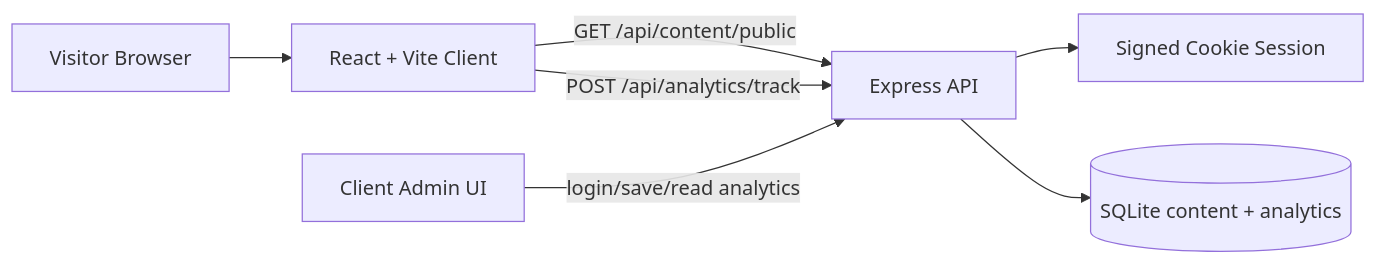
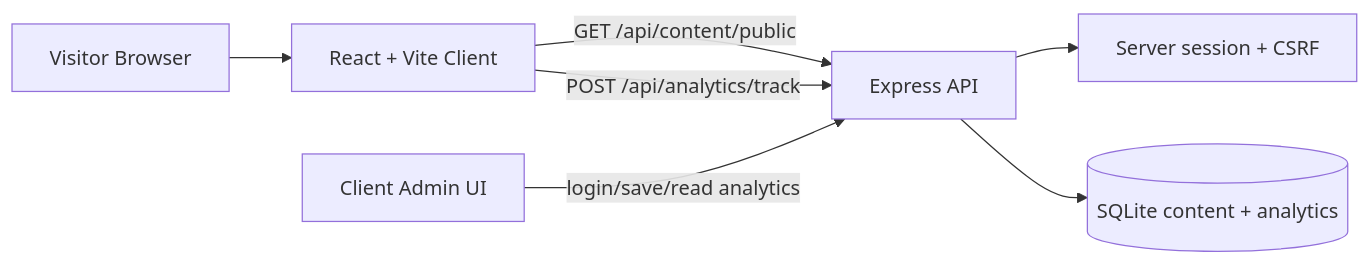
Before and after one commit to AnouarMohamed/portfolio_client: the first of 2 diagrams in README.md, drawn with Mermaid. The commit also changed other lines of this file and 1 other file, not shown here.

````diff
--- a/README.md
+++ b/README.md
@@ -54,16 +54,16 @@
 ```mermaid
 flowchart LR
   Visitor[Visitor Browser]
   Client[React + Vite Client]
   Admin[Client Admin UI]
   API[Express API]
-  Auth[Signed Cookie Session]
+  Auth[Server session + CSRF]
   DB[(SQLite content + analytics)]
 
   Visitor --> Client
   Client -->|GET /api/content/public| API
   Client -->|POST /api/analytics/track| API
   Admin -->|login/save/read analytics| API
   API --> Auth
   API --> DB
 ```
````
